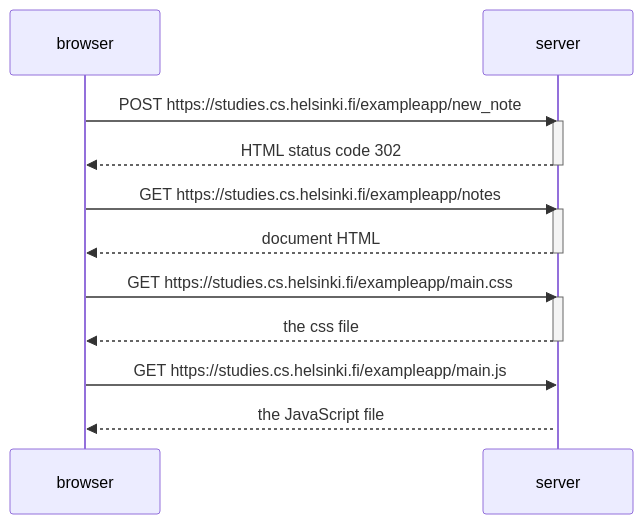
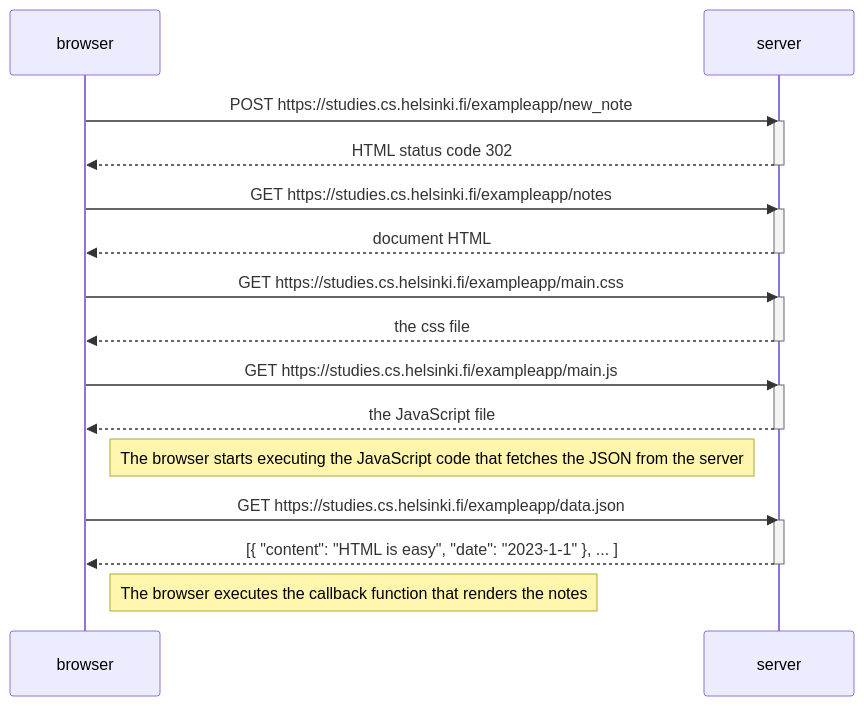
The diagram in part0/new_note_diagram.mmd (Alina-02/WebDevelopmentJSCourse), drawn with Mermaid before and after one commit. The commit also changed other lines of this file and 2 other files, not shown here.

Commit message:
0.5 Single page app diagram

```diff
--- a/part0/new_note_diagram.mmd
+++ b/part0/new_note_diagram.mmd
@@ -1,22 +1,32 @@
 sequenceDiagram
     participant browser
     participant server
 
     browser->>server: POST https://studies.cs.helsinki.fi/exampleapp/new_note
     activate server
     server-->>browser: HTML status code 302                        
     deactivate server
 
     browser->>server: GET https://studies.cs.helsinki.fi/exampleapp/notes
     activate server
     server-->>browser: document HTML
     deactivate server
 
     browser->>server: GET https://studies.cs.helsinki.fi/exampleapp/main.css
     activate server
     server-->>browser: the css file
     deactivate server
 
     browser->>server: GET https://studies.cs.helsinki.fi/exampleapp/main.js
     activate server
     server-->>browser: the JavaScript file
+    deactivate server
+
+    Note right of browser: The browser starts executing the JavaScript code that fetches the JSON from the server
+
+    browser->>server: GET https://studies.cs.helsinki.fi/exampleapp/data.json
+    activate server
+    server-->>browser: [{ "content": "HTML is easy", "date": "2023-1-1" }, ... ]
+    deactivate server
+
+    Note right of browser: The browser executes the callback function that renders the notes
```
